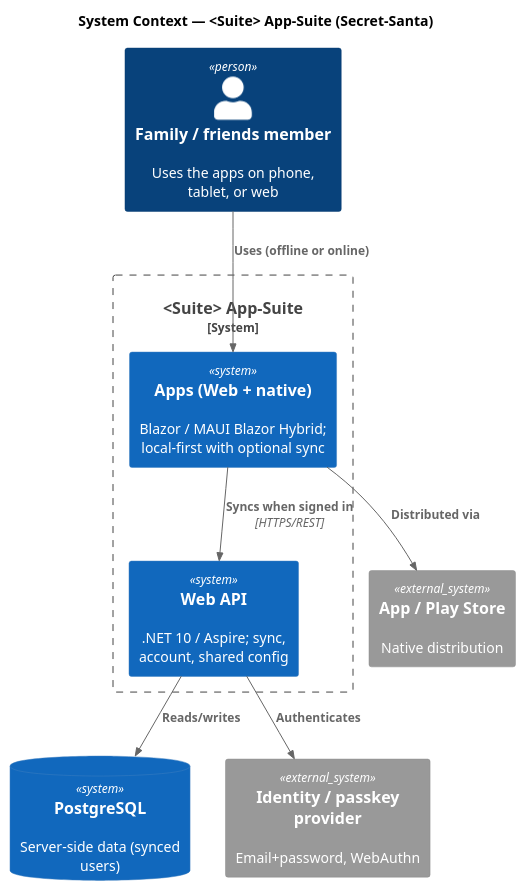
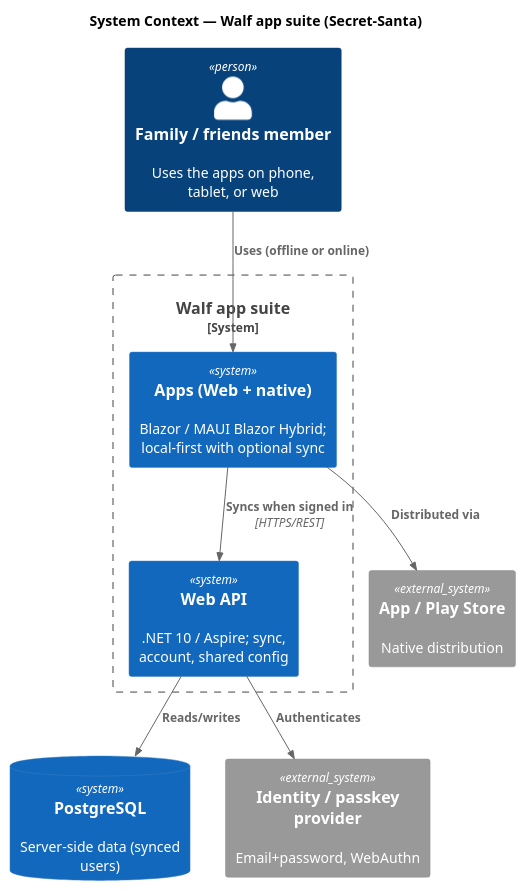
The diagram in docs/diagrams/c4/system-context.puml (CircleTools-ch/circletools-suite), drawn with PlantUML before and after one commit. The commit also changed 226 other files, not shown here.

First line of the commit message:
refactor(naming): finalize brand as "Walf" and replace `Suite` placeholder

```diff
--- a/docs/diagrams/c4/system-context.puml
+++ b/docs/diagrams/c4/system-context.puml
@@ -1,25 +1,25 @@
 @startuml system-context
-' C4 System Context for the <Suite> App-Suite.
+' C4 System Context for the Walf app suite.
 ' Render with the C4-PlantUML includes, then pre-render to SVG (ADR-0004):
 '   java -jar plantuml.jar -tsvg -o ../exported system-context.puml
 !include https://raw.githubusercontent.com/plantuml-stdlib/C4-PlantUML/master/C4_Context.puml
 
-title System Context — <Suite> App-Suite (Secret-Santa)
+title System Context — Walf app suite (Secret-Santa)
 
 Person(user, "Family / friends member", "Uses the apps on phone, tablet, or web")
 
-System_Boundary(suite, "<Suite> App-Suite") {
+System_Boundary(suite, "Walf app suite") {
   System(clients, "Apps (Web + native)", "Blazor / MAUI Blazor Hybrid; local-first with optional sync")
   System(api, "Web API", ".NET 10 / Aspire; sync, account, shared config")
 }
 
 SystemDb(pg, "PostgreSQL", "Server-side data (synced users)")
 System_Ext(idp, "Identity / passkey provider", "Email+password, WebAuthn")
 System_Ext(stores, "App / Play Store", "Native distribution")
 
 Rel(user, clients, "Uses (offline or online)")
 Rel(clients, api, "Syncs when signed in", "HTTPS/REST")
 Rel(api, pg, "Reads/writes")
 Rel(api, idp, "Authenticates")
 Rel(clients, stores, "Distributed via")
 @enduml
```
